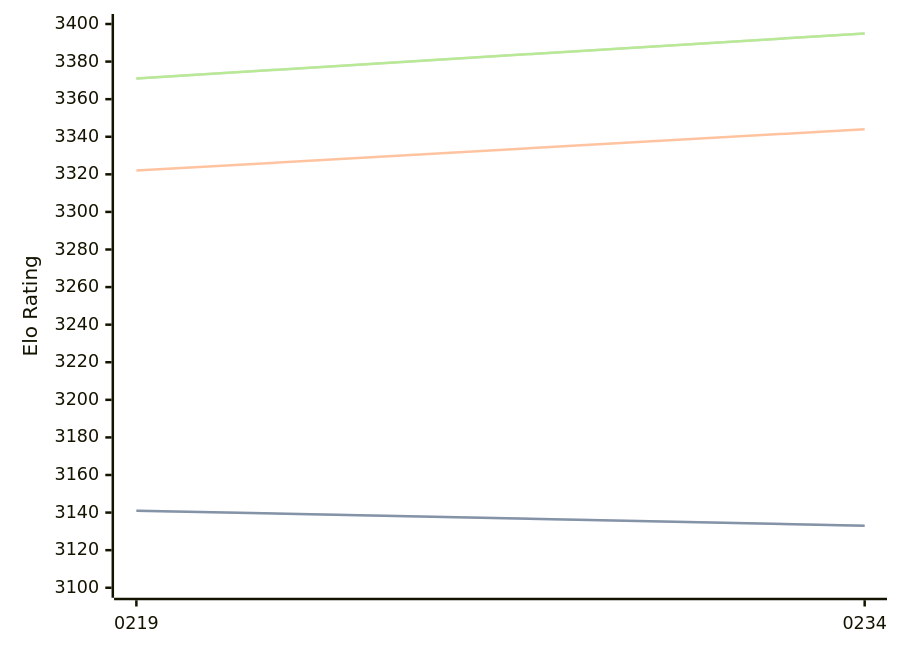
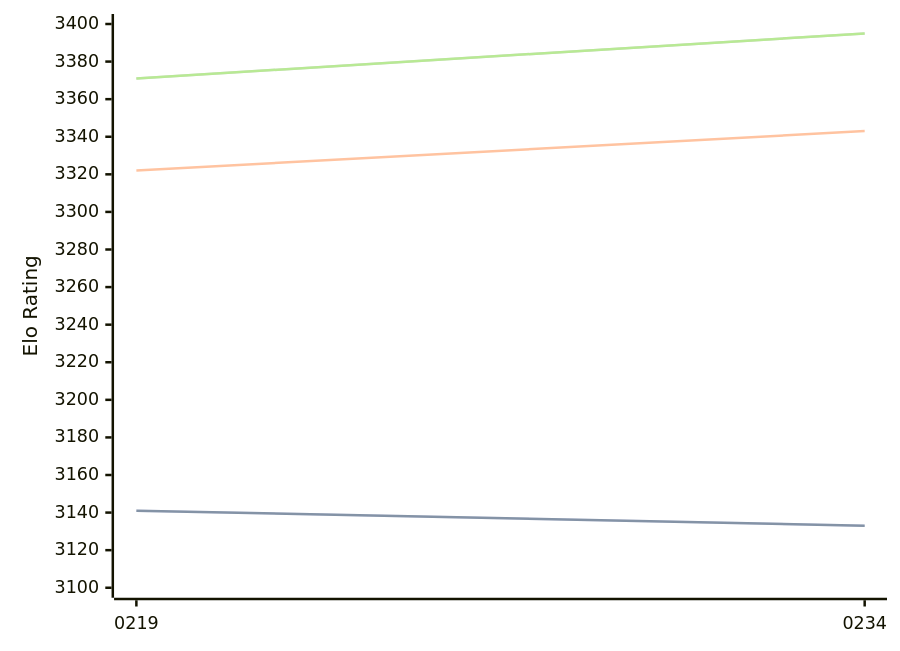
One commit to computer-chess-index/cci changed the diagram in engines/Ynode.md. Above: the diagram before and after it, drawn with Mermaid. The commit also changed other lines of this file, not shown here.

````diff
--- a/engines/Ynode.md
+++ b/engines/Ynode.md
@@ -32,11 +32,11 @@
 ```mermaid
 %%{init: {"theme":"base","themeVariables":{"seriesColors:['#a3a3a3','#222221','#faa371']}}}%%
 xychart-beta
   x-axis ["0219", "0234"]
   y-axis "Elo Rating" 3100 --> 3400
   line "" [3141, 3133]
   line "STC (8.0+0.08s)" [3141, 3133]
-  line "LTC (60.0+0.60s)" [3322, 3344]
+  line "LTC (60.0+0.60s)" [3322, 3343]
   line "" [3371, 3395]
   line "VLTC (2m24s+1.12s)" [3371, 3395]
 ```
````
